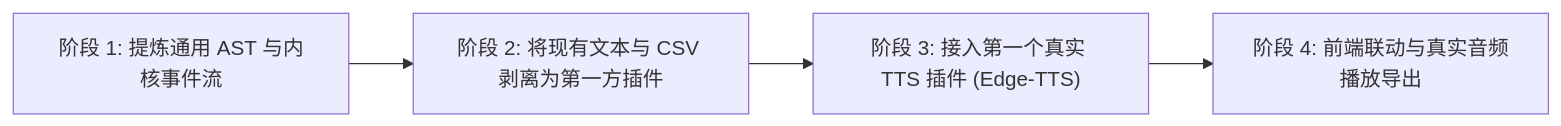
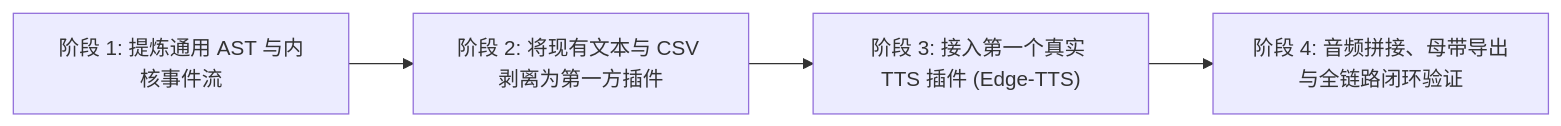
The second of 2 diagrams in docs/solutions/plugin-framework-architecture.md (CherryKingOne/leo-studio), drawn with Mermaid before and after one commit. The commit also changed other lines of this file, not shown here.

````diff
--- a/docs/solutions/plugin-framework-architecture.md
+++ b/docs/solutions/plugin-framework-architecture.md
@@ -295,6 +289,6 @@
 ```mermaid
 flowchart LR
     M1["阶段 1: 提炼通用 AST 与内核事件流"] --> M2["阶段 2: 将现有文本与 CSV 剥离为第一方插件"]
     M2 --> M3["阶段 3: 接入第一个真实 TTS 插件 (Edge-TTS)"]
-    M3 --> M4["阶段 4: 前端联动与真实音频播放导出"]
+    M3 --> M4["阶段 4: 音频拼接、母带导出与全链路闭环验证"]
 ```
````
